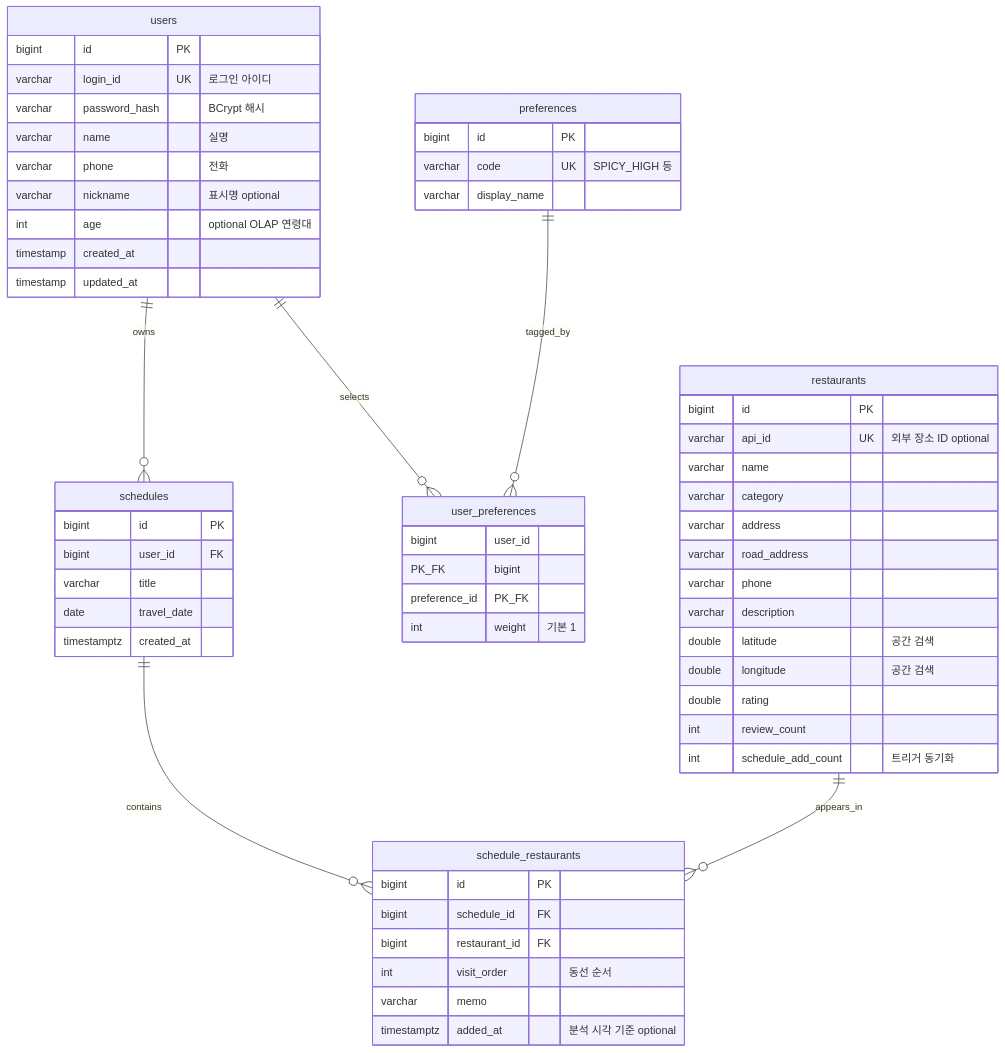
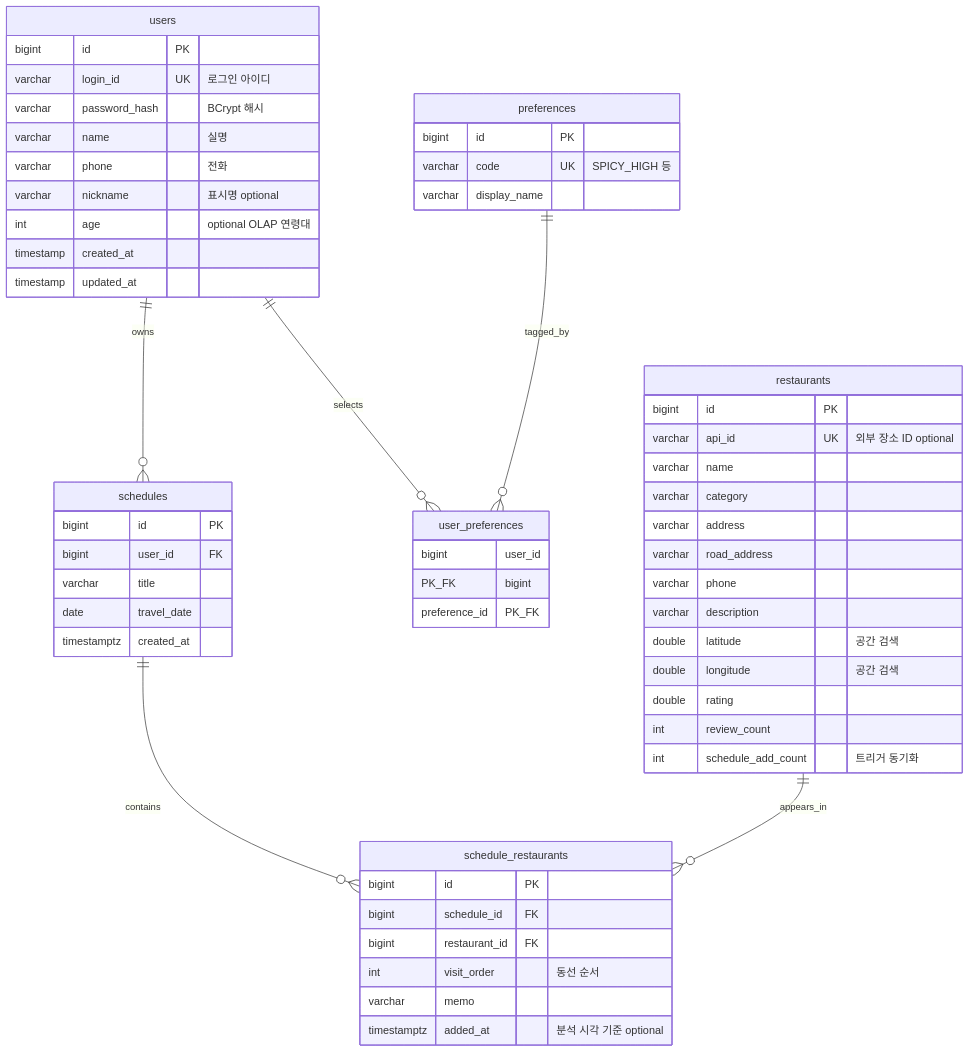
One commit to db-matzip-project/matzip-backend changed the diagram in docs/erd.md. Above: the diagram before and after it, drawn with Mermaid. The commit also changed 10 other files, not shown here.

````diff
--- a/docs/erd.md
+++ b/docs/erd.md
@@ -9,65 +9,64 @@
 ```mermaid
 erDiagram
     users ||--o{ schedules : owns
     users ||--o{ user_preferences : selects
     preferences ||--o{ user_preferences : tagged_by
     schedules ||--o{ schedule_restaurants : contains
     restaurants ||--o{ schedule_restaurants : appears_in
 
     users {
         bigint id PK
         varchar login_id UK "로그인 아이디"
         varchar password_hash "BCrypt 해시"
         varchar name "실명"
         varchar phone "전화"
         varchar nickname "표시명 optional"
         int age "optional OLAP 연령대"
         timestamp created_at
         timestamp updated_at
     }
 
     preferences {
         bigint id PK
         varchar code UK "SPICY_HIGH 등"
         varchar display_name
     }
 
     user_preferences {
         bigint user_id PK_FK
         bigint preference_id PK_FK
-        int weight "기본 1"
     }
 
     restaurants {
         bigint id PK
         varchar api_id UK "외부 장소 ID optional"
         varchar name
         varchar category
         varchar address
         varchar road_address
         varchar phone
         varchar description
         double latitude "공간 검색"
         double longitude "공간 검색"
         double rating
         int review_count
         int schedule_add_count "트리거 동기화"
     }
 
     schedules {
         bigint id PK
         bigint user_id FK
         varchar title
         date travel_date
         timestamptz created_at
     }
 
     schedule_restaurants {
         bigint id PK
         bigint schedule_id FK
         bigint restaurant_id FK
         int visit_order "동선 순서"
         varchar memo
         timestamptz added_at "분석 시각 기준 optional"
     }
 ```
````
